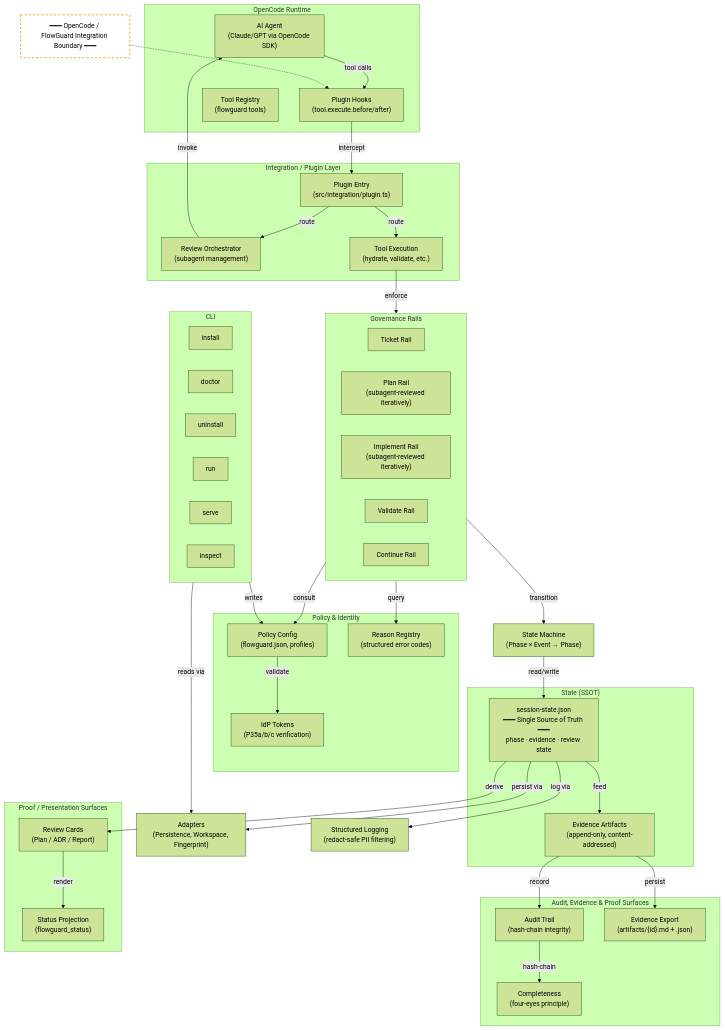
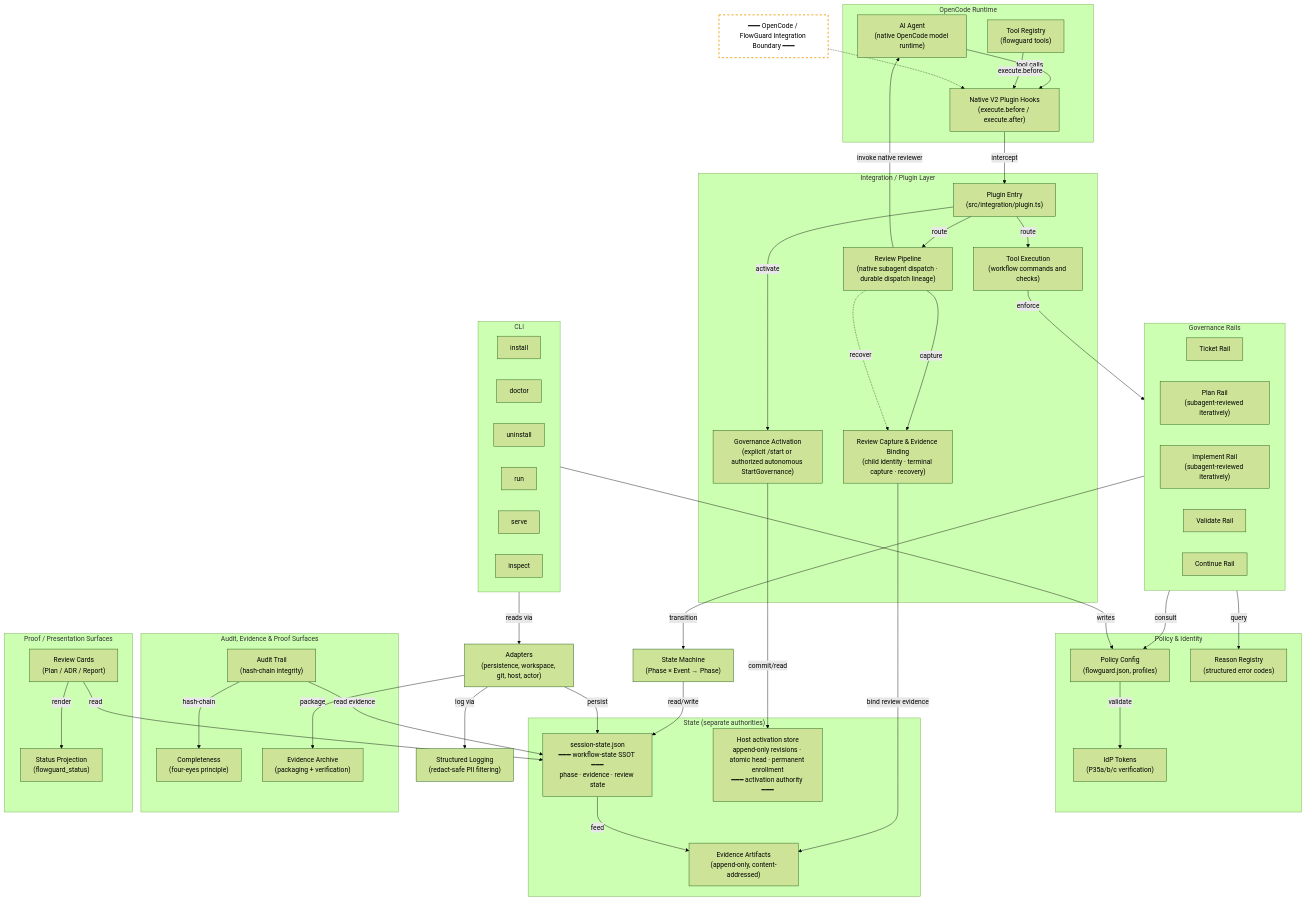
One commit to koeppben23/governed-runtime changed the diagram in docs/architecture/architecture-diagram.md. Above: the diagram before and after it, drawn with Mermaid (forest theme). The commit also changed other lines of this file and 1489 other files, not shown here.

```diff
--- a/docs/architecture/architecture-diagram.md
+++ b/docs/architecture/architecture-diagram.md
@@ -6,16 +13,18 @@
 graph TD
   %% ── OpenCode Boundary (External) ──
   subgraph OpenCode["OpenCode Runtime"]
-    Agent["AI Agent<br/>(Claude/GPT via OpenCode SDK)"]
-    Hooks["Plugin Hooks<br/>(tool.execute.before/after)"]
+    Agent["AI Agent<br/>(native OpenCode model runtime)"]
+    Hooks["Native V2 Plugin Hooks<br/>(execute.before / execute.after)"]
     Tools["Tool Registry<br/>(flowguard tools)"]
   end
 
   %% ── Integration Layer ──
   subgraph Integration["Integration / Plugin Layer"]
     PluginEntry["Plugin Entry<br/>(src/integration/plugin.ts)"]
-    Orchestrator["Review Orchestrator<br/>(subagent management)"]
-    ToolExec["Tool Execution<br/>(hydrate, validate, etc.)"]
+    Activation["Governance Activation<br/>(explicit /start or authorized autonomous StartGovernance)"]
+    ReviewPipeline["Review Pipeline<br/>(native subagent dispatch · durable dispatch lineage)"]
+    ReviewCapture["Review Capture & Evidence Binding<br/>(child identity · terminal capture · recovery)"]
+    ToolExec["Tool Execution<br/>(workflow commands and checks)"]
   end
 
   %% ── Rails (Governance) ──
@@ -38,8 +47,9 @@
   Machine["State Machine<br/>(Phase × Event → Phase)"]
 
   %% ── State (SSOT) ──
-  subgraph StateBox["State (SSOT)"]
-    SSOT["session-state.json<br/>━━━ Single Source of Truth ━━━<br/>phase · evidence · review state"]
+  subgraph StateBox["State (separate authorities)"]
+    SSOT["session-state.json<br/>━━━ workflow-state SSOT ━━━<br/>phase · evidence · review state"]
+    ActivationStore["Host activation store<br/>append-only revisions · atomic head · permanent enrollment<br/>━━━ activation authority ━━━"]
     EvidenceNode["Evidence Artifacts<br/>(append-only, content-addressed)"]
   end
 
@@ -47,7 +57,7 @@
   subgraph AuditBox["Audit, Evidence & Proof Surfaces"]
     Audit["Audit Trail<br/>(hash-chain integrity)"]
     Completeness["Completeness<br/>(four-eyes principle)"]
-    Archive["Evidence Export<br/>(artifacts/{id}.md + .json)"]
+    Archive["Evidence Archive<br/>(packaging + verification)"]
   end
 
   %% ── Proof Surfaces ──
@@ -57,7 +67,7 @@
   end
 
   %% ── Adapters ──
-  Adapters["Adapters<br/>(Persistence, Workspace, Fingerprint)"]
+  Adapters["Adapters<br/>(persistence, workspace, git, host, actor)"]
 
   %% ── Logging ──
   Logging["Structured Logging<br/>(redact-safe PII filtering)"]
@@ -77,11 +87,17 @@
 
   %% ── Connections ──
   Agent -->|tool calls| Hooks
+  Tools -->|execute.before| Hooks
   Hooks -->|intercept| PluginEntry
-  PluginEntry -->|route| Orchestrator
+  PluginEntry -->|activate| Activation
+  PluginEntry -->|route| ReviewPipeline
   PluginEntry -->|route| ToolExec
   ToolExec -->|enforce| Rails
-  Orchestrator -->|invoke| Agent
+  Activation -->|commit/read| ActivationStore
+  ReviewPipeline -->|invoke native reviewer| Agent
+  ReviewPipeline -->|capture| ReviewCapture
+  ReviewPipeline -.->|recover| ReviewCapture
+  ReviewCapture -->|bind review evidence| EvidenceNode
   BoundaryLine -.-> Hooks
 
   Rails -->|consult| Config
@@ -91,14 +107,14 @@
   Machine -->|read/write| SSOT
 
   SSOT -->|feed| EvidenceNode
-  EvidenceNode -->|record| Audit
+  Audit -->|read evidence| SSOT
   Audit -->|hash-chain| Completeness
-  SSOT -->|derive| Cards
-  EvidenceNode -->|persist| Archive
+  Cards -->|read| SSOT
+  Adapters -->|package| Archive
   Cards -->|render| Status
 
-  SSOT -->|persist via| Adapters
-  SSOT -->|log via| Logging
+  Adapters -->|persist| SSOT
+  Adapters -->|log via| Logging
 
   CLI -->|writes| Config
   CLI -->|reads via| Adapters
```
